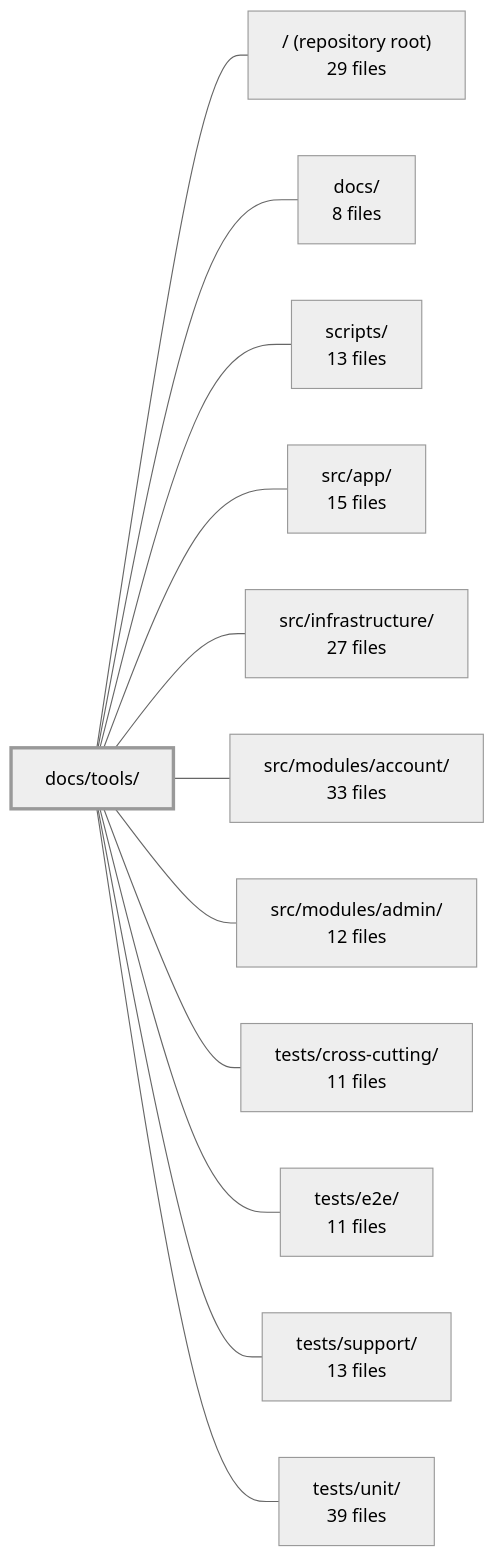
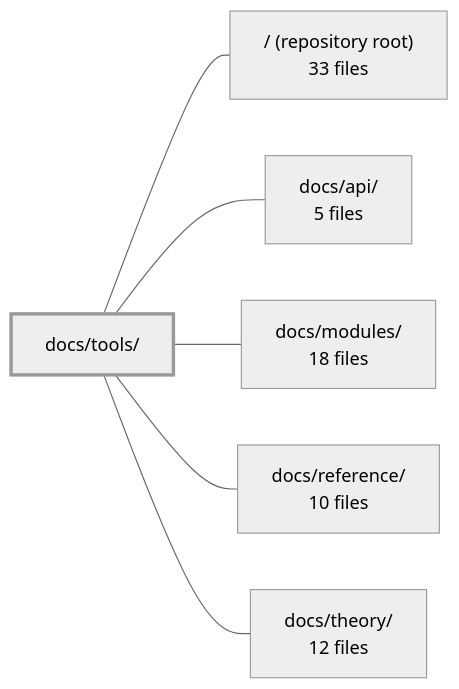
The diagram in .2repo/modules/boilerplate-vue-frontend_docs_tools.md (Guebbit/boilerplate-vue-frontend), drawn with Mermaid (neutral theme) before and after one commit. The commit also changed other lines of this file and 335 other files, not shown here.

````diff
--- a/.2repo/modules/boilerplate-vue-frontend_docs_tools.md
+++ b/.2repo/modules/boilerplate-vue-frontend_docs_tools.md
@@ -40,27 +39,15 @@
 ```mermaid
 flowchart LR
     m_docs_tools["docs/tools/"]
-    m_root["/ (repository root)<br/>29 files"]
-    m_docs["docs/<br/>8 files"]
-    m_scripts["scripts/<br/>13 files"]
-    m_src_app["src/app/<br/>15 files"]
-    m_src_infrastructure["src/infrastructure/<br/>27 files"]
-    m_src_modules_account["src/modules/account/<br/>33 files"]
-    m_src_modules_admin["src/modules/admin/<br/>12 files"]
-    m_tests_cross_cutting["tests/cross-cutting/<br/>11 files"]
-    m_tests_e2e["tests/e2e/<br/>11 files"]
-    m_tests_support["tests/support/<br/>13 files"]
-    m_tests_unit["tests/unit/<br/>39 files"]
+    m_root["/ (repository root)<br/>33 files"]
+    m_docs_api["docs/api/<br/>5 files"]
+    m_docs_modules["docs/modules/<br/>18 files"]
+    m_docs_reference["docs/reference/<br/>10 files"]
+    m_docs_theory["docs/theory/<br/>12 files"]
     m_docs_tools --- m_root
-    m_docs_tools --- m_docs
-    m_docs_tools --- m_scripts
-    m_docs_tools --- m_src_app
-    m_docs_tools --- m_src_infrastructure
-    m_docs_tools --- m_src_modules_account
-    m_docs_tools --- m_src_modules_admin
-    m_docs_tools --- m_tests_cross_cutting
-    m_docs_tools --- m_tests_e2e
-    m_docs_tools --- m_tests_support
-    m_docs_tools --- m_tests_unit
+    m_docs_tools --- m_docs_api
+    m_docs_tools --- m_docs_modules
+    m_docs_tools --- m_docs_reference
+    m_docs_tools --- m_docs_theory
     style m_docs_tools stroke-width:3px
 ```
````
